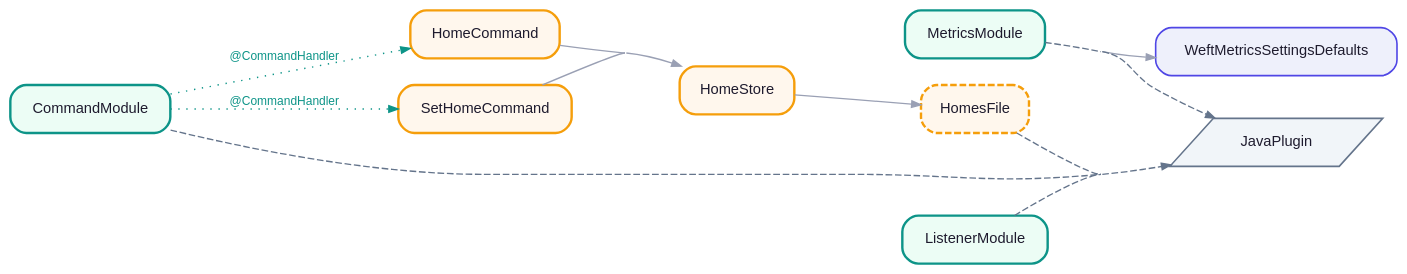
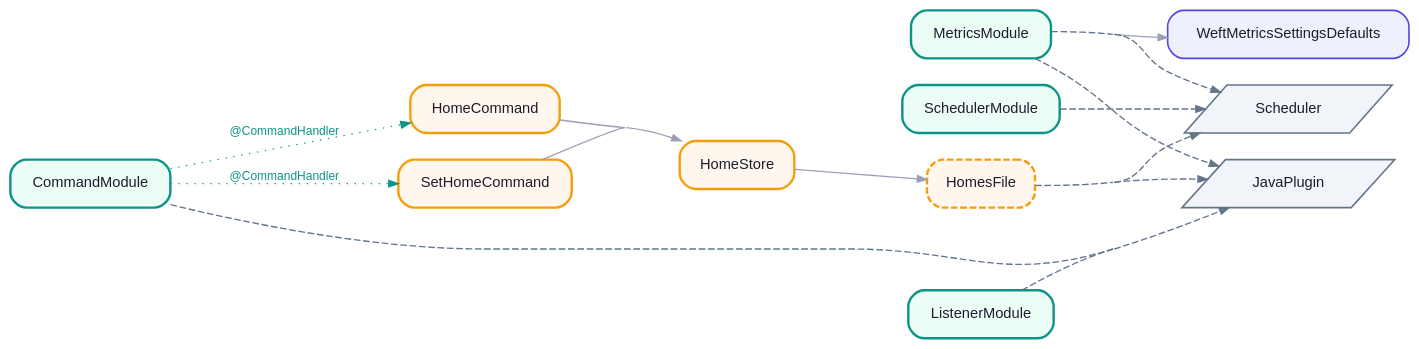
Before and after one commit to weftkit/weftkit: the diagram in docs/docs/assets/diagrams/weftkit-graph.dot, drawn with Graphviz. The commit also changed 31 other files, not shown here.

```diff
--- a/docs/docs/assets/diagrams/weftkit-graph.dot
+++ b/docs/docs/assets/diagrams/weftkit-graph.dot
@@ -1,25 +1,30 @@
 digraph weftkit {
     rankdir=LR;
     graph [ranksep=1.1, nodesep=0.28, splines=spline, concentrate=true, bgcolor=transparent];
     node [shape=box, style="rounded,filled", fontname="Helvetica", fontsize=11, margin="0.16,0.08", color="#4F46E5", fillcolor="#EEF0FB", fontcolor="#1E1B2E", penwidth=1.2];
     edge [color="#9AA0B4", arrowsize=0.7, penwidth=1.0];
     "org.weftkit.examples.homes.WeftMetricsSettingsDefaults" [label="WeftMetricsSettingsDefaults", tooltip="org.weftkit.examples.homes.WeftMetricsSettingsDefaults"];
     "org.weftkit.examples.homes.commands.HomeCommand" [label="HomeCommand", tooltip="org.weftkit.examples.homes.commands.HomeCommand", fillcolor="#FFF7ED", color="#F59E0B", penwidth=1.8];
     "org.weftkit.examples.homes.commands.SetHomeCommand" [label="SetHomeCommand", tooltip="org.weftkit.examples.homes.commands.SetHomeCommand", fillcolor="#FFF7ED", color="#F59E0B", penwidth=1.8];
     "org.weftkit.examples.homes.storage.HomeStore" [label="HomeStore", tooltip="org.weftkit.examples.homes.storage.HomeStore", fillcolor="#FFF7ED", color="#F59E0B", penwidth=1.8];
     "org.weftkit.examples.homes.storage.HomesFile" [label="HomesFile", tooltip="org.weftkit.examples.homes.storage.HomesFile", fillcolor="#FFF7ED", color="#F59E0B", penwidth=1.8, style="rounded,filled,dashed"];
     "org.weftkit.wiring.bukkit.commands.CommandModule" [label="CommandModule", tooltip="org.weftkit.wiring.bukkit.commands.CommandModule (module)", fillcolor="#ECFDF5", color="#0D9488", penwidth=1.8];
     "org.weftkit.wiring.bukkit.listeners.ListenerModule" [label="ListenerModule", tooltip="org.weftkit.wiring.bukkit.listeners.ListenerModule (module)", fillcolor="#ECFDF5", color="#0D9488", penwidth=1.8];
     "org.weftkit.wiring.bukkit.metrics.MetricsModule" [label="MetricsModule", tooltip="org.weftkit.wiring.bukkit.metrics.MetricsModule (module)", fillcolor="#ECFDF5", color="#0D9488", penwidth=1.8];
+    "org.weftkit.wiring.bukkit.scheduler.SchedulerModule" [label="SchedulerModule", tooltip="org.weftkit.wiring.bukkit.scheduler.SchedulerModule (module)", fillcolor="#ECFDF5", color="#0D9488", penwidth=1.8];
     "org.bukkit.plugin.java.JavaPlugin" [label="JavaPlugin", tooltip="org.bukkit.plugin.java.JavaPlugin (ambient)", shape=parallelogram, style=filled, fillcolor="#F1F5F9", color="#64748B", fontcolor="#1E1B2E"];
+    "org.weftkit.wiring.bukkit.scheduler.Scheduler" [label="Scheduler", tooltip="org.weftkit.wiring.bukkit.scheduler.Scheduler (ambient)", shape=parallelogram, style=filled, fillcolor="#F1F5F9", color="#64748B", fontcolor="#1E1B2E"];
     "org.weftkit.examples.homes.commands.HomeCommand" -> "org.weftkit.examples.homes.storage.HomeStore";
     "org.weftkit.examples.homes.commands.SetHomeCommand" -> "org.weftkit.examples.homes.storage.HomeStore";
     "org.weftkit.examples.homes.storage.HomeStore" -> "org.weftkit.examples.homes.storage.HomesFile";
     "org.weftkit.wiring.bukkit.metrics.MetricsModule" -> "org.weftkit.examples.homes.WeftMetricsSettingsDefaults";
     "org.weftkit.examples.homes.storage.HomesFile" -> "org.bukkit.plugin.java.JavaPlugin" [style=dashed, color="#64748B"];
+    "org.weftkit.examples.homes.storage.HomesFile" -> "org.weftkit.wiring.bukkit.scheduler.Scheduler" [style=dashed, color="#64748B"];
     "org.weftkit.wiring.bukkit.commands.CommandModule" -> "org.bukkit.plugin.java.JavaPlugin" [style=dashed, color="#64748B"];
     "org.weftkit.wiring.bukkit.listeners.ListenerModule" -> "org.bukkit.plugin.java.JavaPlugin" [style=dashed, color="#64748B"];
     "org.weftkit.wiring.bukkit.metrics.MetricsModule" -> "org.bukkit.plugin.java.JavaPlugin" [style=dashed, color="#64748B"];
+    "org.weftkit.wiring.bukkit.metrics.MetricsModule" -> "org.weftkit.wiring.bukkit.scheduler.Scheduler" [style=dashed, color="#64748B"];
+    "org.weftkit.wiring.bukkit.scheduler.SchedulerModule" -> "org.weftkit.wiring.bukkit.scheduler.Scheduler" [style=dashed, color="#64748B"];
     "org.weftkit.wiring.bukkit.commands.CommandModule" -> "org.weftkit.examples.homes.commands.HomeCommand" [style=dotted, color="#0D9488", fontcolor="#0D9488", fontname="Helvetica", fontsize=9, label="@CommandHandler"];
     "org.weftkit.wiring.bukkit.commands.CommandModule" -> "org.weftkit.examples.homes.commands.SetHomeCommand" [style=dotted, color="#0D9488", fontcolor="#0D9488", fontname="Helvetica", fontsize=9, label="@CommandHandler"];
 }
```
